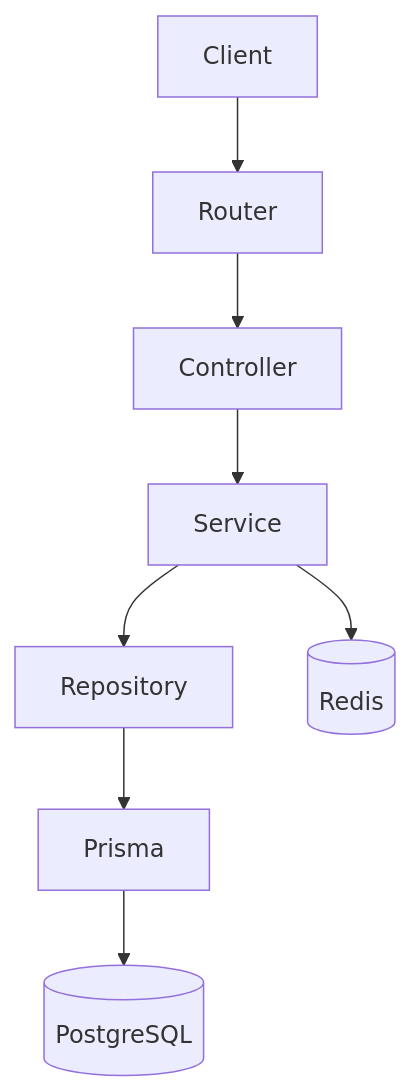
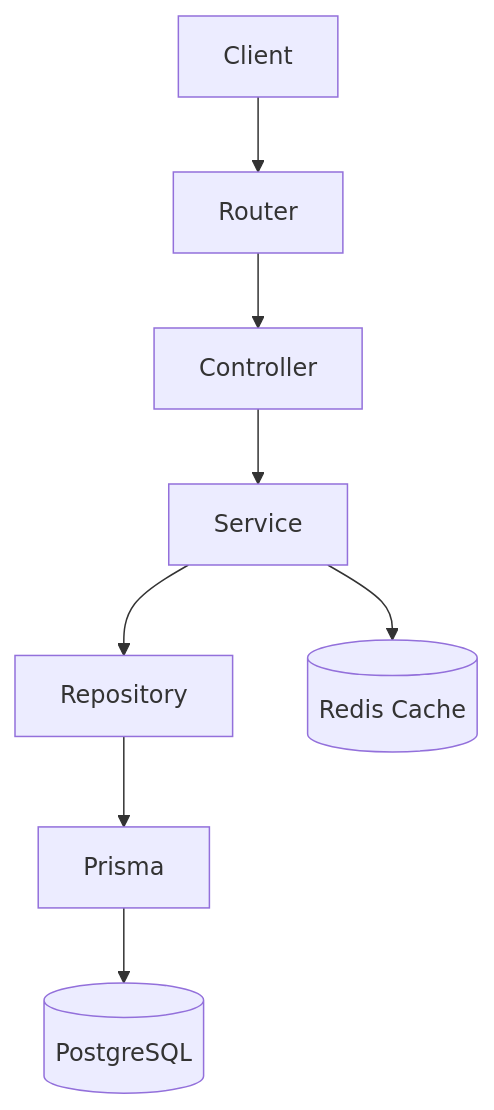
One commit to iamzehan/RacoAI_Backend_Assessment changed the first of 5 diagrams in README.md. Above: the diagram before and after it, drawn with Mermaid. The commit also changed other lines of this file, not shown here.

````diff
--- a/README.md
+++ b/README.md
@@ -156,19 +120,10 @@
-```mermaid
+``` mermaid
 flowchart TD
-
-Client[Client]
-
 Client --> Router
-
 Router --> Controller
-
 Controller --> Service
-
 Service --> Repository
-
 Repository --> Prisma
-
 Prisma --> PostgreSQL[(PostgreSQL)]
-
-Service --> Redis[(Redis)]
+Service --> Redis[(Redis Cache)]
 ```
````
